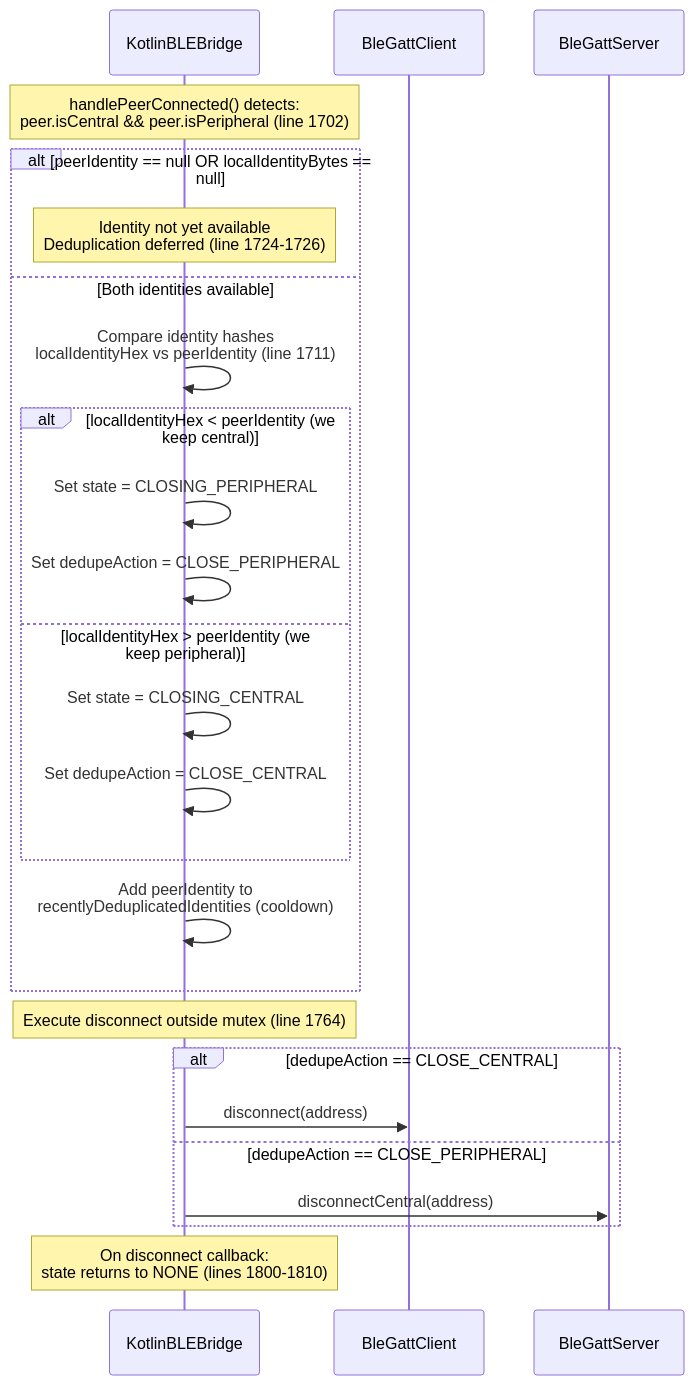
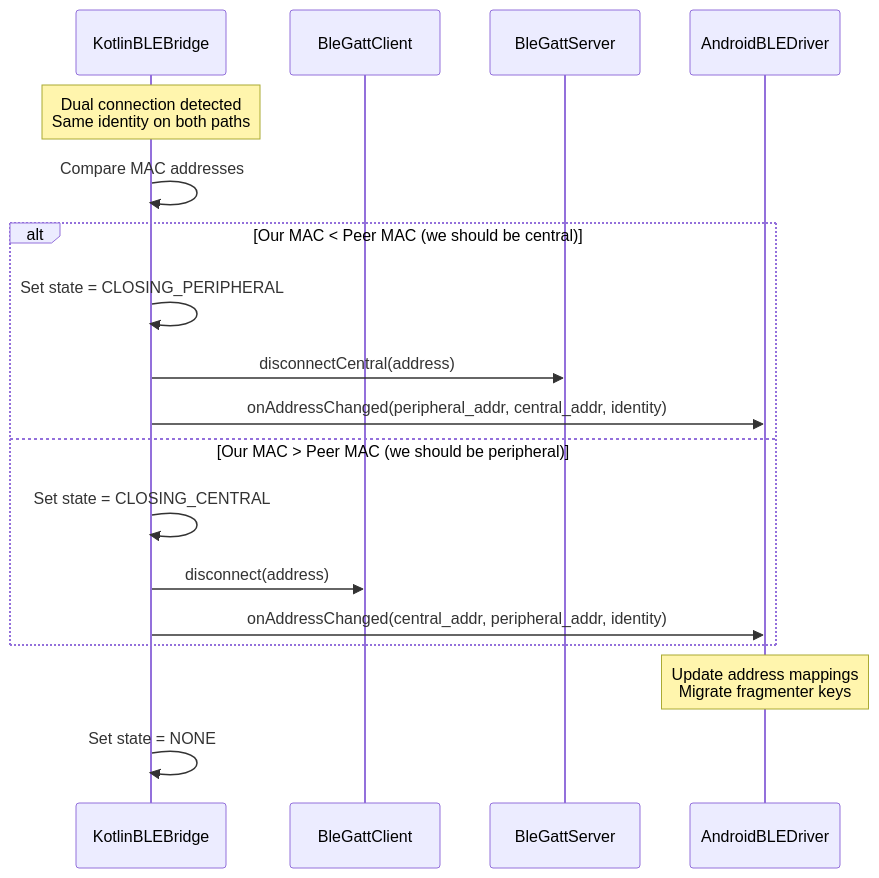
Before and after one commit to derpyspike/columba: diagram 12 of 17 in docs/ble-architecture.md, drawn with Mermaid. The commit also changed other lines of this file, not shown here.

Commit message:
docs(ble): improve architecture diagram layout and structure

````diff
--- a/docs/ble-architecture.md
+++ b/docs/ble-architecture.md
@@ -560,33 +399,24 @@
 ```mermaid
 sequenceDiagram
     participant Bridge as KotlinBLEBridge
     participant Client as BleGattClient
     participant Server as BleGattServer
+    participant Python as AndroidBLEDriver
 
-    Note over Bridge: handlePeerConnected() detects:<br/>peer.isCentral && peer.isPeripheral (line 1702)
+    Note over Bridge: Dual connection detected<br/>Same identity on both paths
 
-    alt peerIdentity == null OR localIdentityBytes == null
-        Note over Bridge: Identity not yet available<br/>Deduplication deferred (line 1724-1726)
-    else Both identities available
-        Bridge->>Bridge: Compare identity hashes<br/>localIdentityHex vs peerIdentity (line 1711)
-        alt localIdentityHex < peerIdentity (we keep central)
-            Bridge->>Bridge: Set state = CLOSING_PERIPHERAL
-            Bridge->>Bridge: Set dedupeAction = CLOSE_PERIPHERAL
-        else localIdentityHex > peerIdentity (we keep peripheral)
-            Bridge->>Bridge: Set state = CLOSING_CENTRAL
-            Bridge->>Bridge: Set dedupeAction = CLOSE_CENTRAL
-        end
-
-        Bridge->>Bridge: Add peerIdentity to<br/>recentlyDeduplicatedIdentities (cooldown)
+    Bridge->>Bridge: Compare MAC addresses
+    alt Our MAC < Peer MAC (we should be central)
+        Bridge->>Bridge: Set state = CLOSING_PERIPHERAL
+        Bridge->>Server: disconnectCentral(address)
+        Bridge->>Python: onAddressChanged(peripheral_addr, central_addr, identity)
+    else Our MAC > Peer MAC (we should be peripheral)
+        Bridge->>Bridge: Set state = CLOSING_CENTRAL
+        Bridge->>Client: disconnect(address)
+        Bridge->>Python: onAddressChanged(central_addr, peripheral_addr, identity)
     end
 
-    Note over Bridge: Execute disconnect outside mutex (line 1764)
+    Note over Python: Update address mappings<br/>Migrate fragmenter keys
 
-    alt dedupeAction == CLOSE_CENTRAL
-        Bridge->>Client: disconnect(address)
-    else dedupeAction == CLOSE_PERIPHERAL
-        Bridge->>Server: disconnectCentral(address)
-    end
-
-    Note over Bridge: On disconnect callback:<br/>state returns to NONE (lines 1800-1810)
+    Bridge->>Bridge: Set state = NONE
 ```
````
